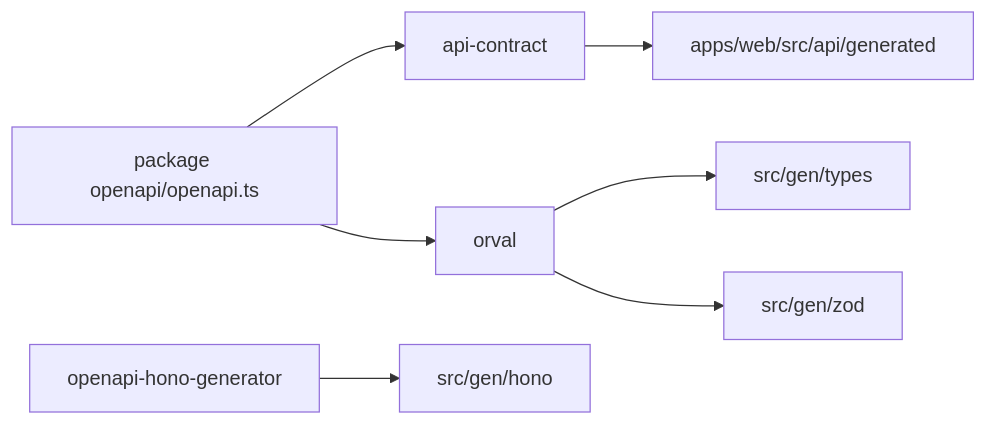
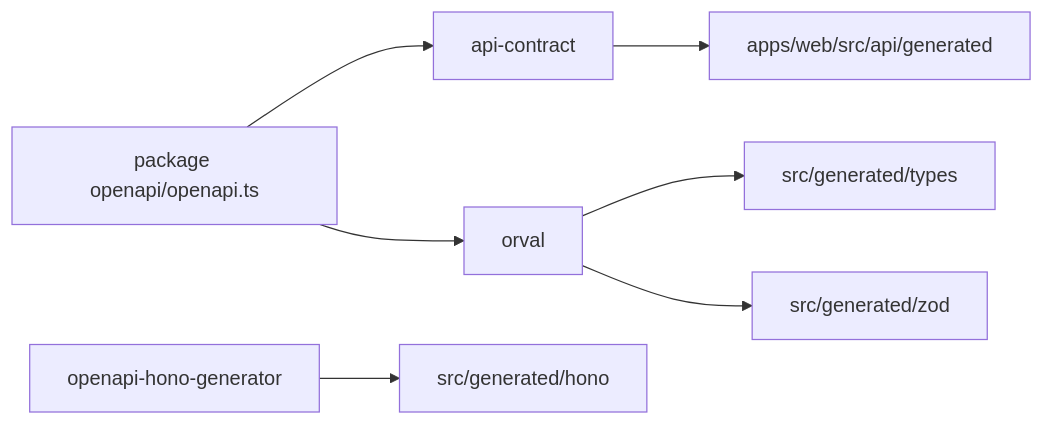
Before and after one commit to alirostami1/lemma: the sixth of 6 diagrams in docs/architecture.md, drawn with Mermaid. The commit also changed other lines of this file and 1286 other files, not shown here.

````diff
--- a/docs/architecture.md
+++ b/docs/architecture.md
@@ -115,9 +122,9 @@
 ```mermaid
 flowchart LR
   Packages[package openapi/openapi.ts] --> Contract[api-contract]
   Packages --> Orval[orval]
-  Orval --> Types[src/gen/types]
-  Orval --> Zod[src/gen/zod]
-  HonoGen[openapi-hono-generator] --> Hono[src/gen/hono]
+  Orval --> Types[src/generated/types]
+  Orval --> Zod[src/generated/zod]
+  HonoGen[openapi-hono-generator] --> Hono[src/generated/hono]
   Contract --> WebClient[apps/web/src/api/generated]
 ```
````
